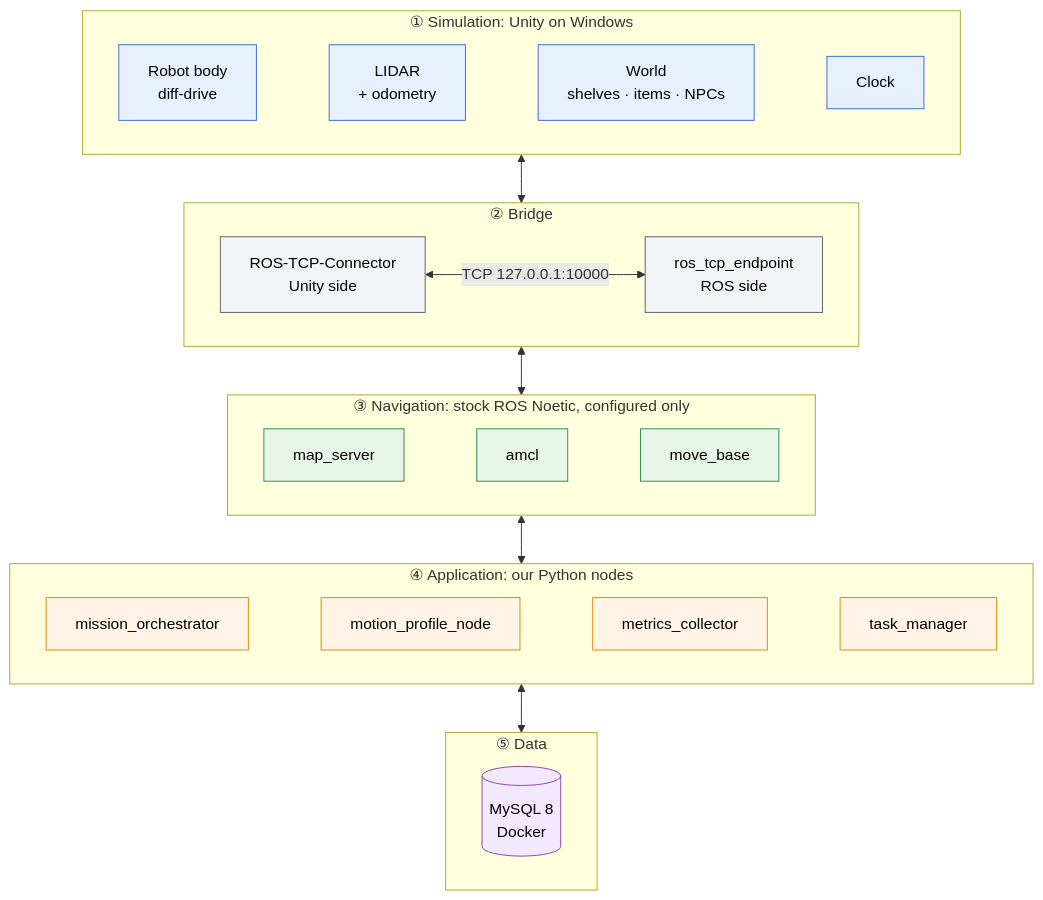
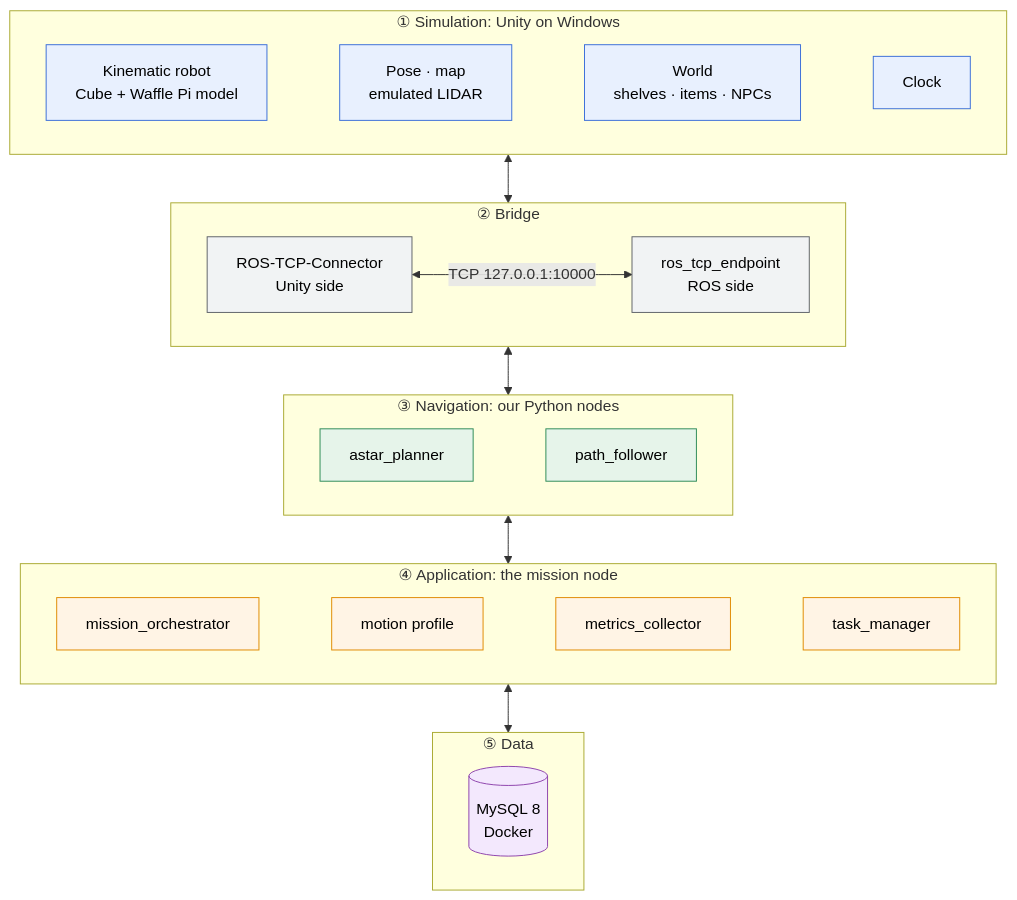
Before and after one commit to HoNguyen17/Mobile_Robo_SuppliesChain: the first of 4 diagrams in docs/architecture.md, drawn with Mermaid. The commit also changed other lines of this file and 10 other files, not shown here.

First line of the commit message:
docs: re-align the plan with the custom Python navigation code base

````diff
--- a/docs/architecture.md
+++ b/docs/architecture.md
@@ -9,38 +11,38 @@
 ```mermaid
 flowchart TB
     subgraph SIM["① Simulation: Unity on Windows"]
         direction LR
-        S1[Robot body<br/>diff-drive] ~~~ S2[LIDAR<br/>+ odometry] ~~~ S3[World<br/>shelves · items · NPCs] ~~~ S4[Clock]
+        S1[Kinematic robot<br/>Cube + Waffle Pi model] ~~~ S2[Pose · map<br/>emulated LIDAR] ~~~ S3[World<br/>shelves · items · NPCs] ~~~ S4[Clock]
     end
     subgraph BRIDGE["② Bridge"]
         direction LR
         B1[ROS-TCP-Connector<br/>Unity side] <-->|"TCP 127.0.0.1:10000"| B2[ros_tcp_endpoint<br/>ROS side]
     end
-    subgraph NAV["③ Navigation: stock ROS Noetic, configured only"]
+    subgraph NAV["③ Navigation: our Python nodes"]
         direction LR
-        N1[map_server] ~~~ N2[amcl] ~~~ N3[move_base]
+        N1[astar_planner] ~~~ N2[path_follower]
     end
-    subgraph APP["④ Application: our Python nodes"]
+    subgraph APP["④ Application: the mission node"]
         direction LR
-        A1[mission_orchestrator] ~~~ A2[motion_profile_node] ~~~ A3[metrics_collector] ~~~ A4[task_manager]
+        A1[mission_orchestrator] ~~~ A2[motion profile] ~~~ A3[metrics_collector] ~~~ A4[task_manager]
     end
     subgraph DATA["⑤ Data"]
         D1[(MySQL 8<br/>Docker)]
     end
 
     SIM <--> BRIDGE
     BRIDGE <--> NAV
     NAV <--> APP
     APP <--> DATA
 
     classDef sim fill:#E8F0FE,stroke:#3B6FD8,color:#000
     classDef br fill:#F1F3F4,stroke:#5F6368,color:#000
     classDef nav fill:#E6F4EA,stroke:#2E8B57,color:#000
     classDef app fill:#FFF4E5,stroke:#E08A00,color:#000
     classDef db fill:#F3E8FD,stroke:#8E44AD,color:#000
     class S1,S2,S3,S4 sim
     class B1,B2 br
-    class N1,N2,N3 nav
+    class N1,N2 nav
     class A1,A2,A3,A4 app
     class D1 db
 ```
````
